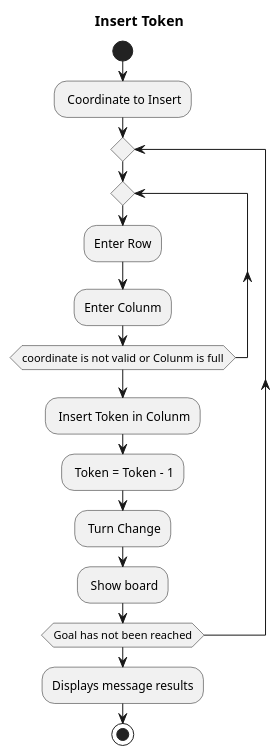
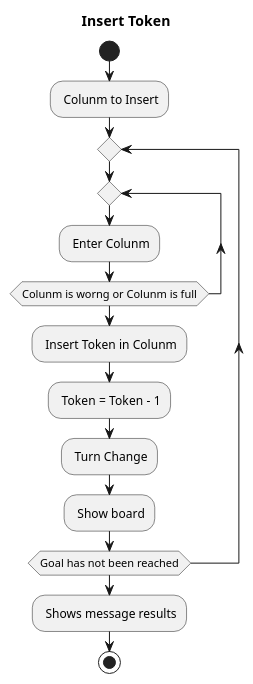
The second of 2 diagrams in src/Connect4/Docs/startuml Diagram/Instructions.plantuml (franpaulinoinfante/MasterSoftwareDevelopment), drawn with PlantUML before and after one commit. The commit also changed 6 other files, not shown here.

```diff
--- a/src/Connect4/Docs/startuml Diagram/Instructions.plantuml
+++ b/src/Connect4/Docs/startuml Diagram/Instructions.plantuml
@@ -20,17 +20,16 @@
 @startuml InstructionsD
 title Insert Token
 start
-    : Coordinate to Insert;
+    : Colunm to Insert;
     repeat
         repeat
-            :Enter Row;
-            :Enter Colunm;
-        repeat while(coordinate is not valid or Colunm is full)
+            : Enter Colunm;
+        repeat while(Colunm is worng or Colunm is full)
         : Insert Token in Colunm;
         : Token = Token - 1;
         : Turn Change;
         : Show board;
     repeat while(Goal has not been reached)    
-        :Displays message results;
+        : Shows message results;
 stop
 @enduml
```
